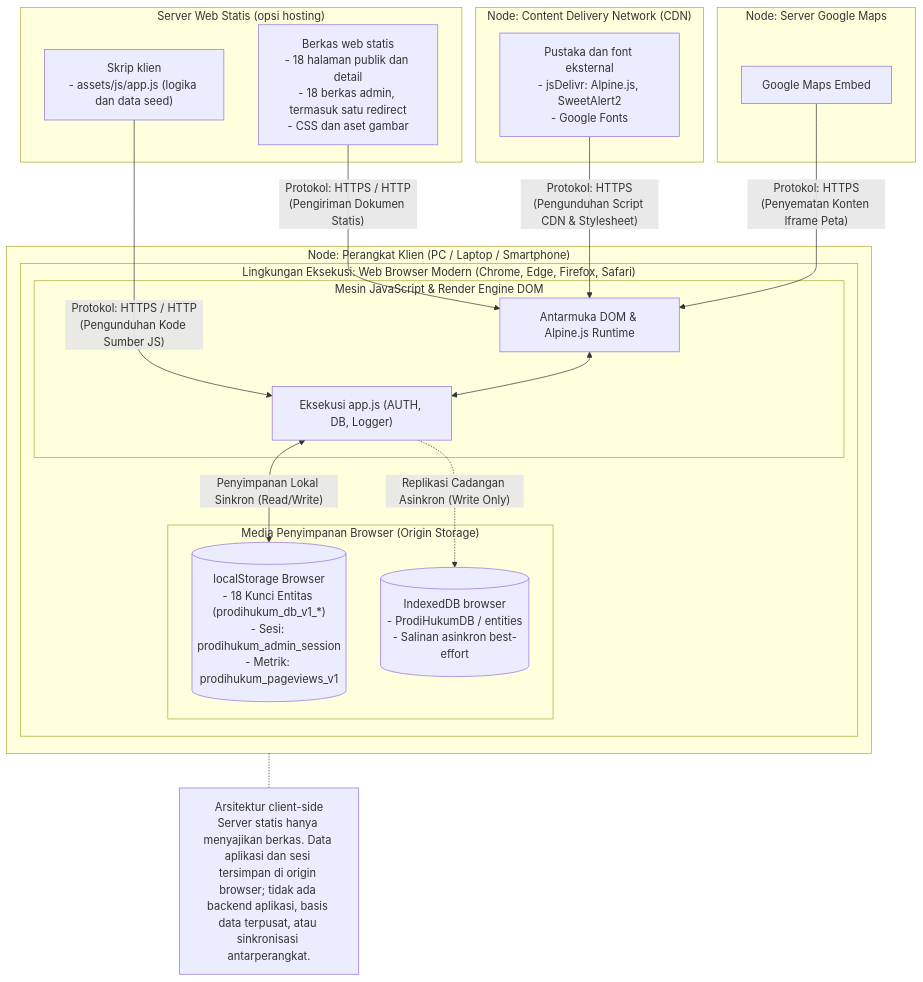
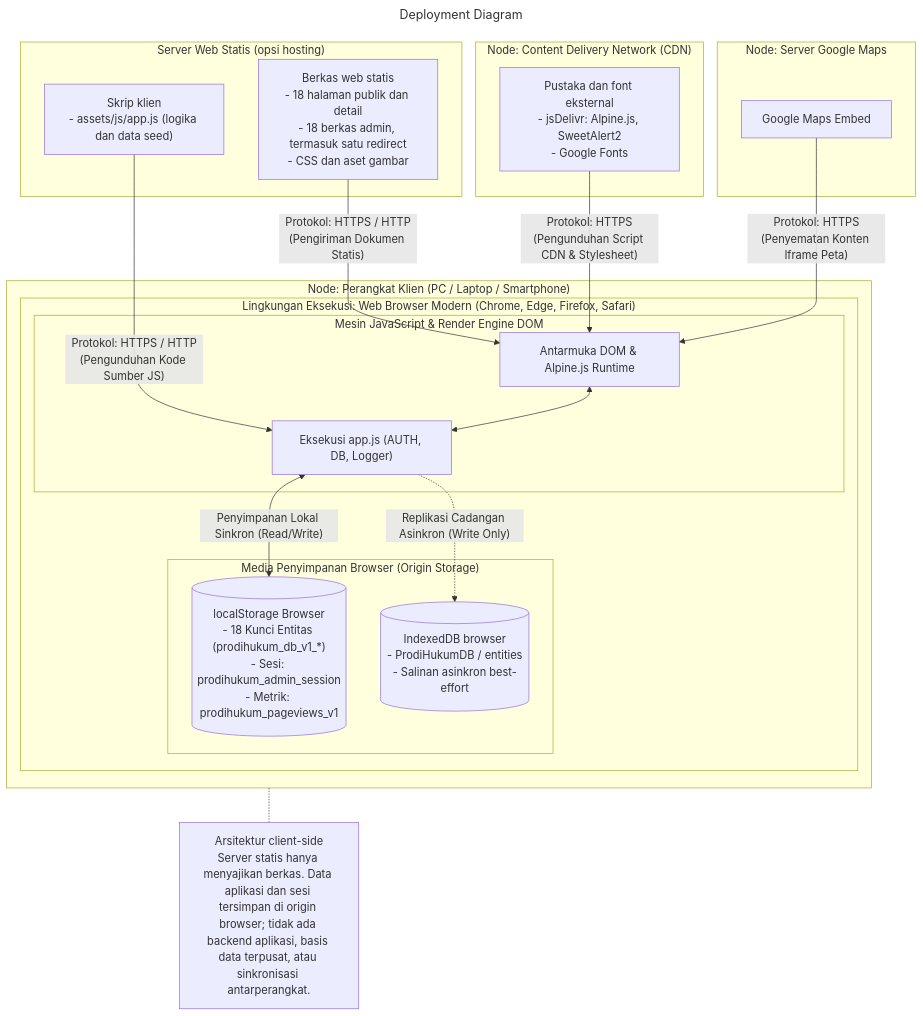
The diagram in assets/docs/diagrams/deployment-diagram.mmd (ipo-rk/Perancangan-Dan-Pengembangan-website-profil-UMP-), drawn with Mermaid before and after one commit. The commit also changed 67 other files, not shown here.

Commit message:
UPgrade Diagram Admin

```diff
--- a/assets/docs/diagrams/deployment-diagram.mmd
+++ b/assets/docs/diagrams/deployment-diagram.mmd
@@ -1,50 +1,53 @@
+---
+title: Deployment Diagram
+---
 flowchart TB
     %% ==========================================
     %% NODE 1: STATIC WEB SERVER
     %% ==========================================
     subgraph WEB_SERVER["Server Web Statis (opsi hosting)"]
         HTML_FILES["Berkas web statis\n- 18 halaman publik dan detail\n- 18 berkas admin, termasuk satu redirect\n- CSS dan aset gambar"]
         JS_BUNDLE["Skrip klien\n- assets/js/app.js (logika dan data seed)"]
     end
 
     %% ==========================================
     %% NODE 2: CLIENT DEVICE (PERANGKAT PENGGUNA)
     %% ==========================================
     subgraph CLIENT_DEVICE["Node: Perangkat Klien (PC / Laptop / Smartphone)"]
         subgraph BROWSER["Lingkungan Eksekusi: Web Browser Modern (Chrome, Edge, Firefox, Safari)"]
             subgraph RUNTIME["Mesin JavaScript & Render Engine DOM"]
                 DOM_UI["Antarmuka DOM & Alpine.js Runtime"]
                 APP_LOGIC["Eksekusi app.js (AUTH, DB, Logger)"]
             end
             subgraph LOCAL_STORAGE_NODE["Media Penyimpanan Browser (Origin Storage)"]
                 LS_STORE[("localStorage Browser\n- 18 Kunci Entitas (prodihukum_db_v1_*)\n- Sesi: prodihukum_admin_session\n- Metrik: prodihukum_pageviews_v1")]
                 IDB_STORE[("IndexedDB browser\n- ProdiHukumDB / entities\n- Salinan asinkron best-effort")]
             end
         end
     end
 
     %% ==========================================
     %% NODE 3: EXTERNAL SERVICES
     %% ==========================================
     subgraph CDN_SERVER["Node: Content Delivery Network (CDN)"]
         CDN_ASSETS["Pustaka dan font eksternal\n- jsDelivr: Alpine.js, SweetAlert2\n- Google Fonts"]
     end
 
     subgraph MAPS_SERVER["Node: Server Google Maps"]
         MAPS_SERVICE["Google Maps Embed"]
     end
 
     %% Jalur Distribusi & Komunikasi Protokol
     HTML_FILES -->|"Protokol: HTTPS / HTTP\n(Pengiriman Dokumen Statis)"| DOM_UI
     JS_BUNDLE -->|"Protokol: HTTPS / HTTP\n(Pengunduhan Kode Sumber JS)"| APP_LOGIC
     CDN_ASSETS -->|"Protokol: HTTPS\n(Pengunduhan Script CDN & Stylesheet)"| DOM_UI
     MAPS_SERVICE -->|"Protokol: HTTPS\n(Penyematan Konten Iframe Peta)"| DOM_UI
 
     %% Akses Internal Browser
     DOM_UI <--> APP_LOGIC
     APP_LOGIC <-->|"Penyimpanan Lokal Sinkron (Read/Write)"| LS_STORE
     APP_LOGIC -.->|"Replikasi Cadangan Asinkron (Write Only)"| IDB_STORE
 
     %% Catatan arsitektur client-only
     NOTE_DEPLOY["Arsitektur client-side\nServer statis hanya menyajikan berkas. Data aplikasi dan sesi tersimpan di origin browser; tidak ada backend aplikasi, basis data terpusat, atau sinkronisasi antarperangkat."]
     CLIENT_DEVICE -.- NOTE_DEPLOY
```
